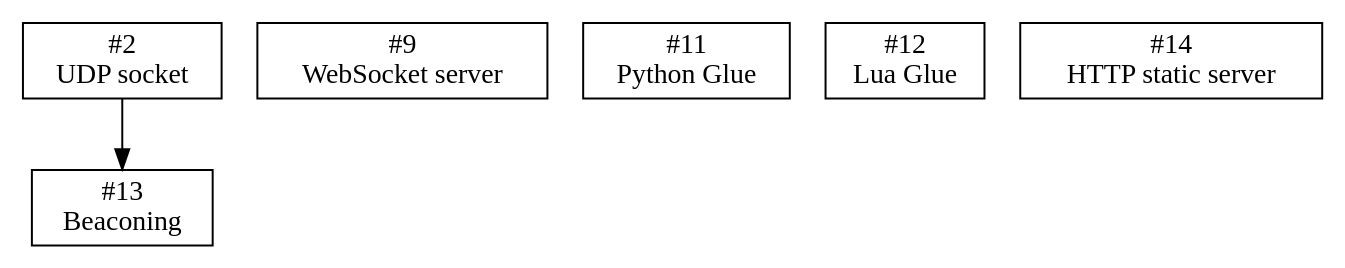
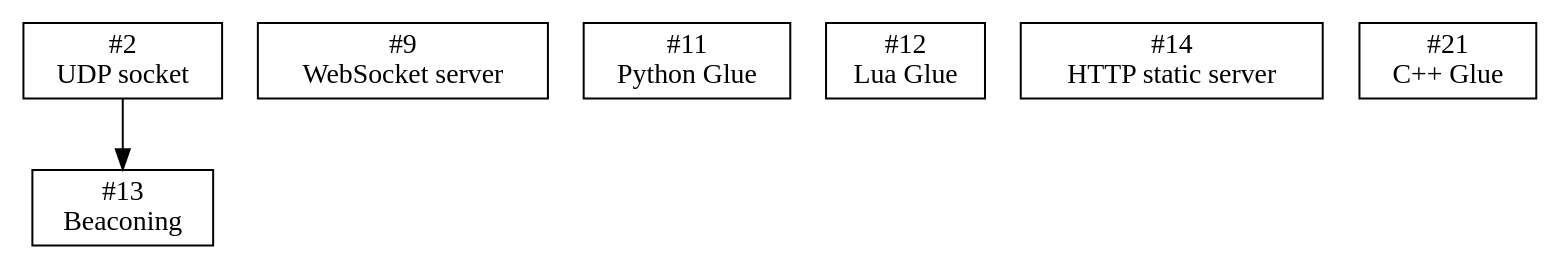
Before and after one commit to isn-/dfk: the diagram in doc/future.dot, drawn with Graphviz.

Commit message:
doc: Add C++ Glue to future plans

```diff
--- a/doc/future.dot
+++ b/doc/future.dot
@@ -1,18 +1,20 @@
 digraph "DFK Library Roadmap - Future" {
   node [shape=box];
   ratio="compress";
 
   udp_socket [label="#2\nUDP socket"];
 
   beacon [label="#13\nBeaconing"];
     udp_socket -> beacon;
 
   ws [label="#9\nWebSocket server"];
 
   python [label="#11\nPython Glue"];
 
   lua [label="#12\nLua Glue"];
 
   static [label="#14\nHTTP static server"];
 
+  cpp [label="#21\nC++ Glue"];
+
 }
```
